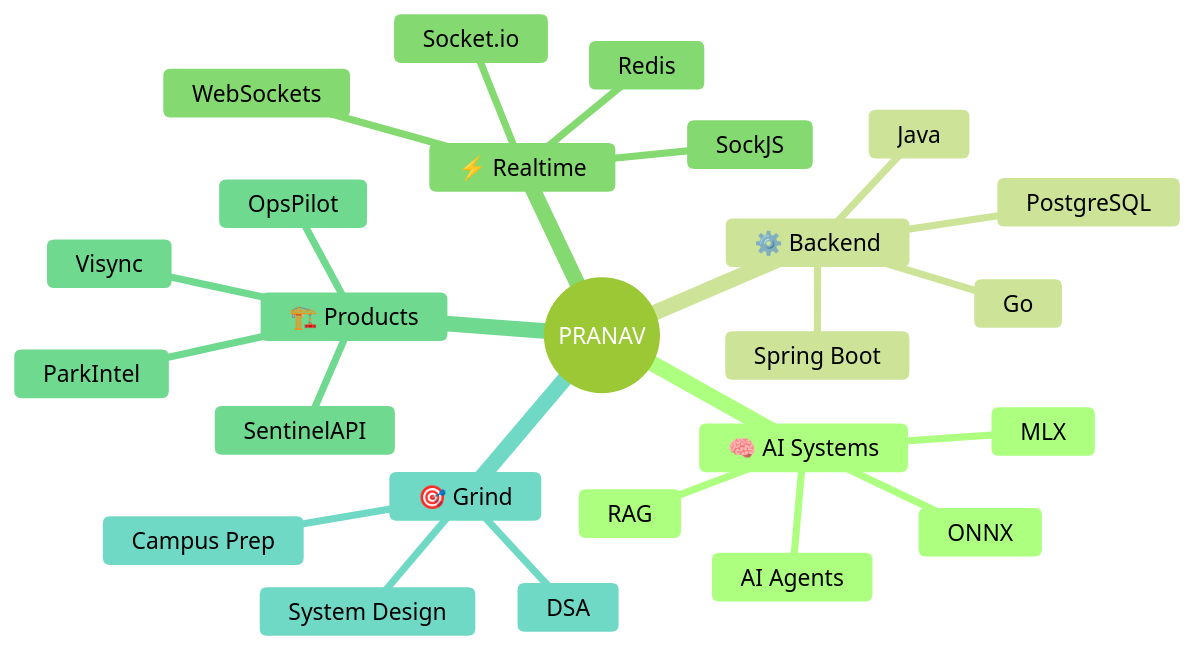
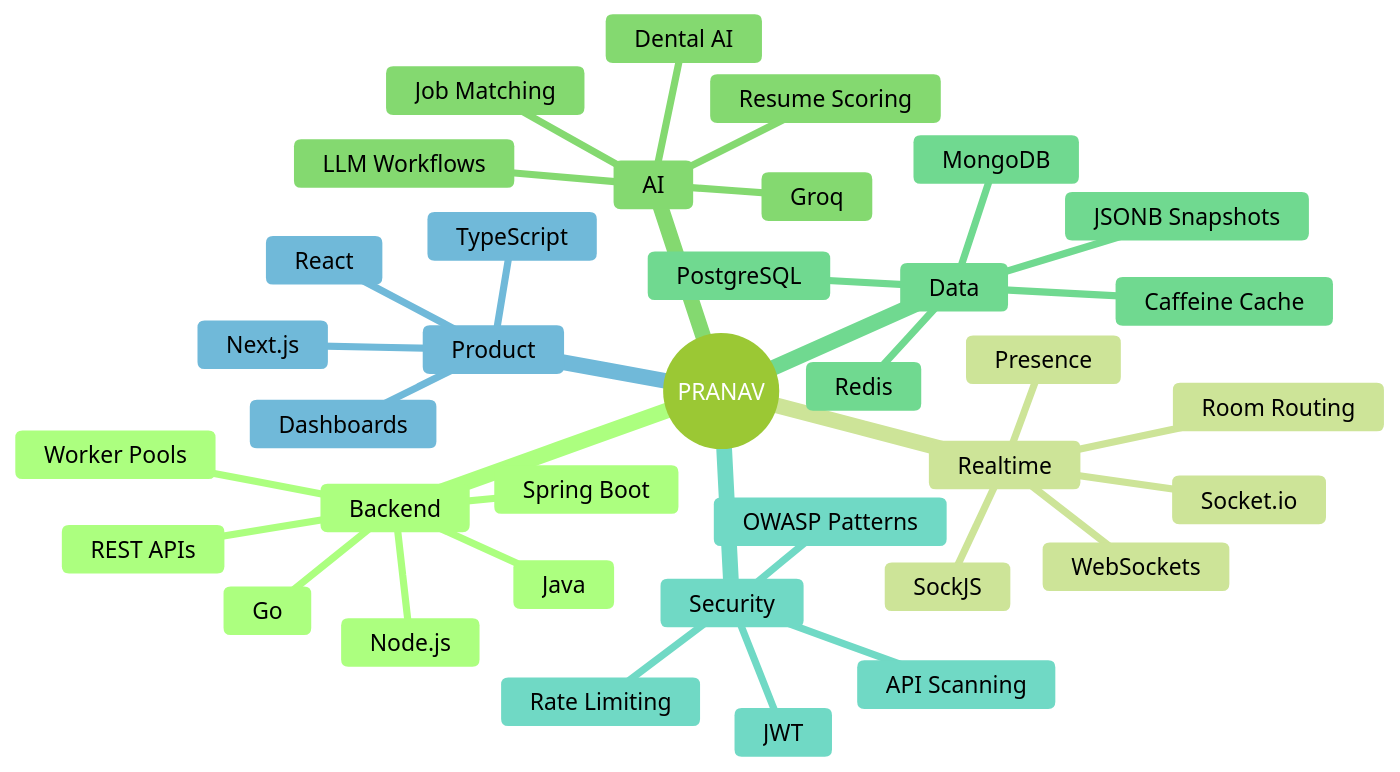
Before and after one commit to pranav8764/pranav8764: the diagram in README.md, drawn with Mermaid (forest theme). The commit also changed other lines of this file, not shown here.

````diff
--- a/README.md
+++ b/README.md
@@ -196,28 +105,39 @@
 ```mermaid
 mindmap
   root((PRANAV))
-    🧠 AI Systems
-      RAG
-      AI Agents
-      MLX
-      ONNX
-    ⚙️ Backend
+    Backend
       Java
       Spring Boot
       Go
-      PostgreSQL
-    ⚡ Realtime
+      Node.js
+      REST APIs
+      Worker Pools
+    Realtime
       WebSockets
       SockJS
       Socket.io
+      Room Routing
+      Presence
+    AI
+      Groq
+      LLM Workflows
+      Resume Scoring
+      Job Matching
+      Dental AI
+    Data
+      PostgreSQL
+      MongoDB
       Redis
-    🏗️ Products
-      Visync
-      OpsPilot
-      ParkIntel
-      SentinelAPI
-    🎯 Grind
-      DSA
-      System Design
-      Campus Prep
+      JSONB Snapshots
+      Caffeine Cache
+    Security
+      JWT
+      API Scanning
+      Rate Limiting
+      OWASP Patterns
+    Product
+      Next.js
+      React
+      TypeScript
+      Dashboards
 ```
````
